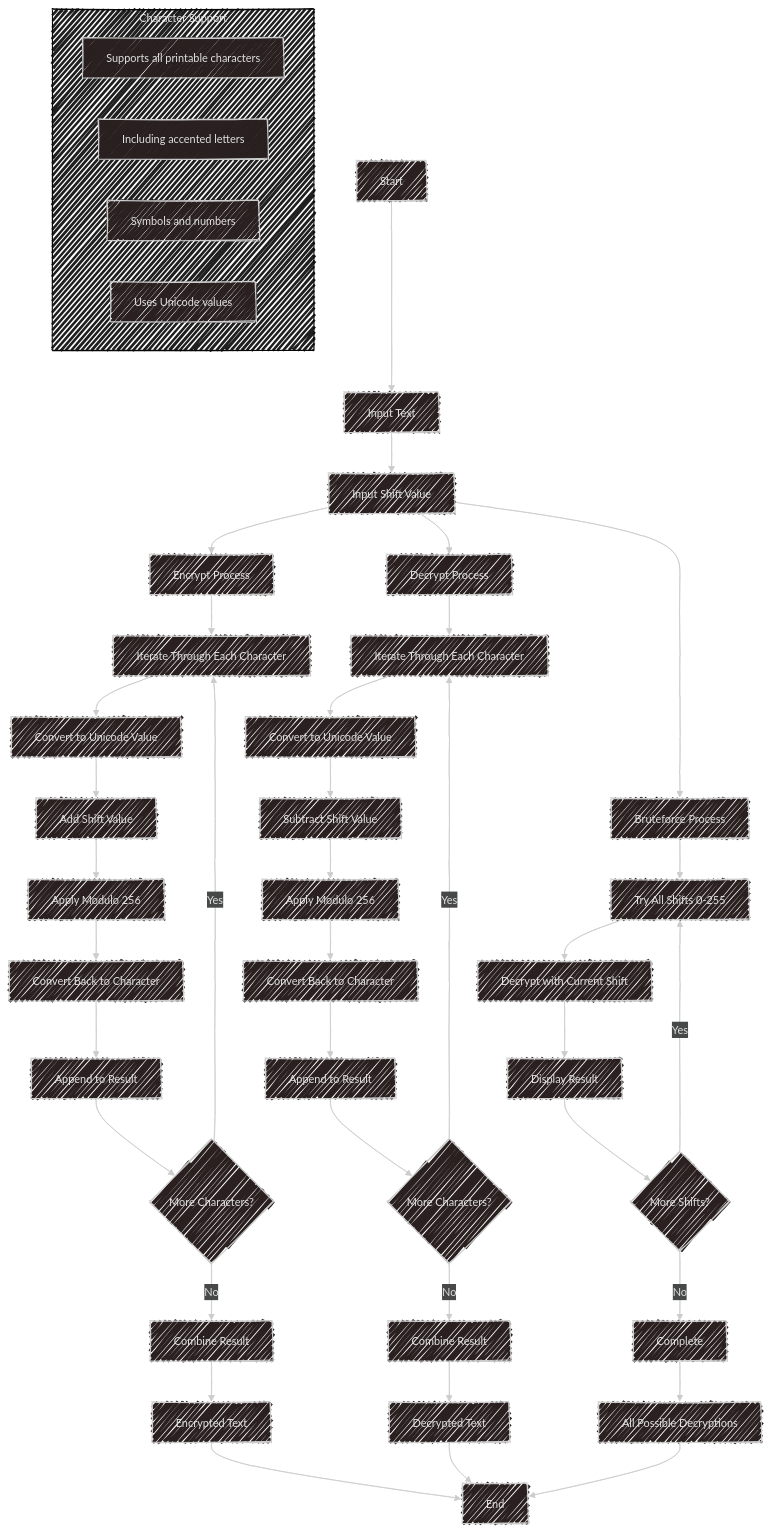
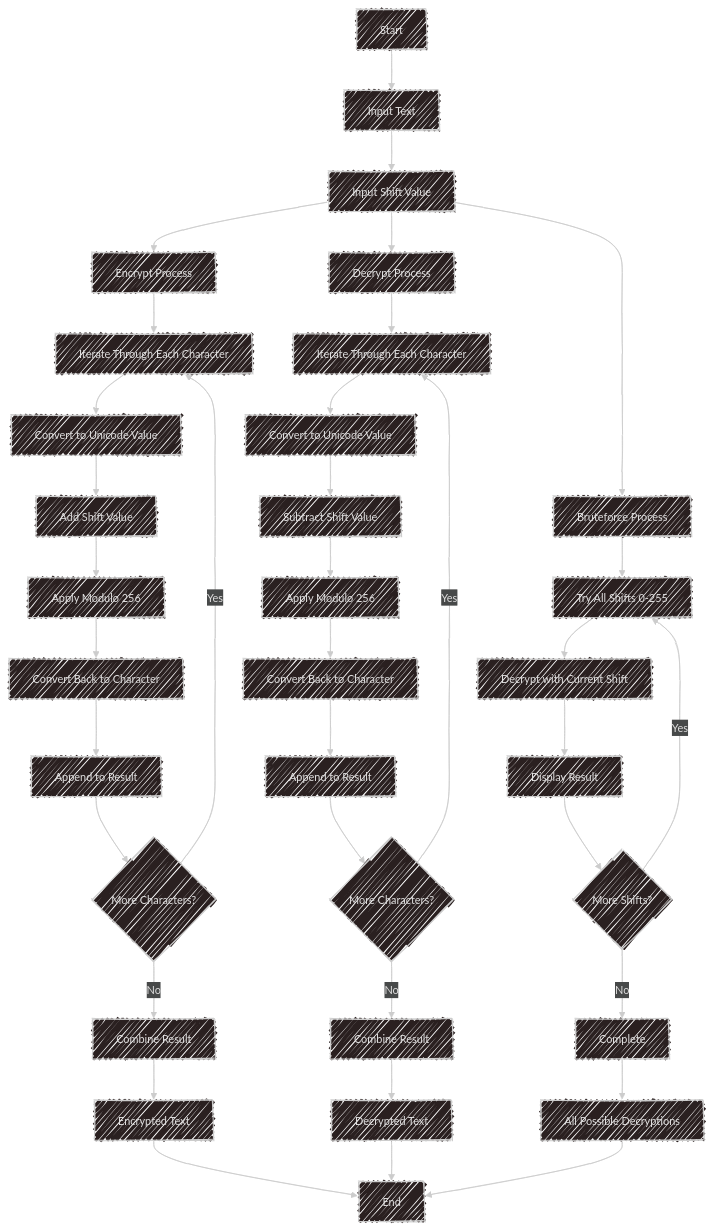
Before and after one commit to malic1tus/caesar-cipher: the diagram in README.md, drawn with Mermaid. The commit also changed other lines of this file and 2 other files, not shown here.

First line of the commit message:
Add Rich UI support

````diff
--- a/README.md
+++ b/README.md
@@ -111,55 +115,47 @@
 ```mermaid
 ---
 config:
   layout: fixed
   theme: neo-dark
   look: handDrawn
 ---
 graph TD
     A[Start] --> B[Input Text]
     B --> C[Input Shift Value]
     C --> D1[Encrypt Process] & D2[Decrypt Process] & D3[Bruteforce Process]
     
     %% Encryption Path
     D1 --> E1[Iterate Through Each Character]
     E1 --> F1[Convert to Unicode Value]
     F1 --> G1[Add Shift Value]
     G1 --> H1[Apply Modulo 256]
     H1 --> I1[Convert Back to Character]
     I1 --> J1[Append to Result]
     J1 --> K1{More Characters?}
     K1 -->|Yes| E1
     K1 -->|No| L1[Combine Result]
     
     %% Decryption Path
     D2 --> E2[Iterate Through Each Character]
     E2 --> F2[Convert to Unicode Value]
     F2 --> G2[Subtract Shift Value]
     G2 --> H2[Apply Modulo 256]
     H2 --> I2[Convert Back to Character]
     I2 --> J2[Append to Result]
     J2 --> K2{More Characters?}
     K2 -->|Yes| E2
     K2 -->|No| L2[Combine Result]
     
     %% Bruteforce Path
     D3 --> E3[Try All Shifts 0-255]
     E3 --> F3[Decrypt with Current Shift]
     F3 --> G3[Display Result]
     G3 --> H3{More Shifts?}
     H3 -->|Yes| E3
     H3 -->|No| L3[Complete]
     
     L1 --> M1[Encrypted Text]
     L2 --> M2[Decrypted Text]
     L3 --> M3[All Possible Decryptions]
     M1 & M2 & M3 --> N[End]
-    
-    %% Add notes for clarity
-    subgraph "Character Support"
-        Note1[Supports all printable characters]
-        Note2[Including accented letters]
-        Note3[Symbols and numbers]
-        Note4[Uses Unicode values]
-    end
 ```
````
